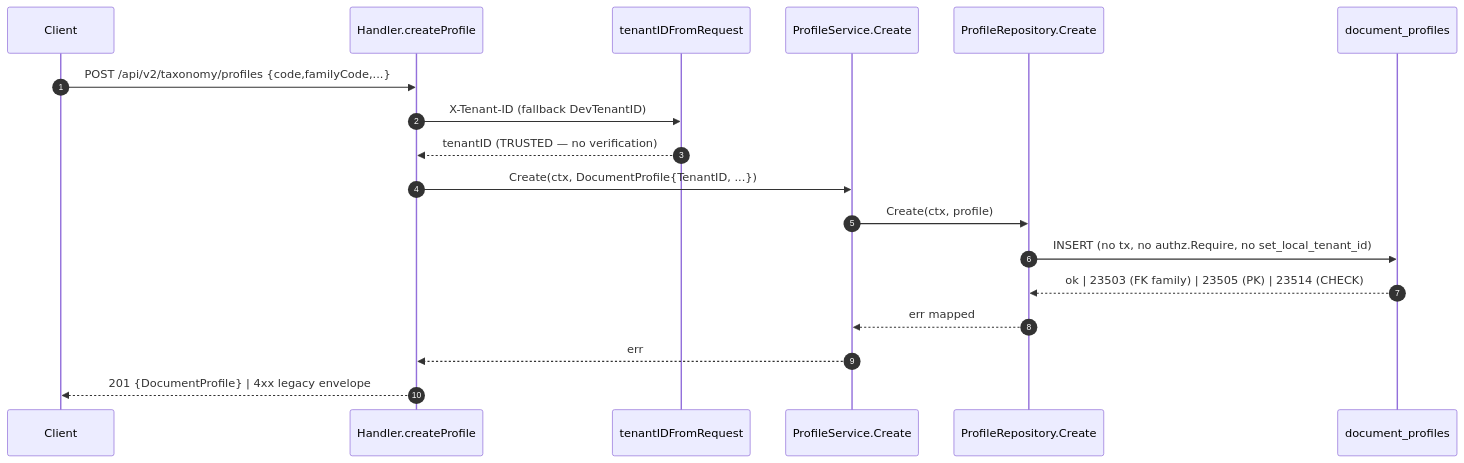
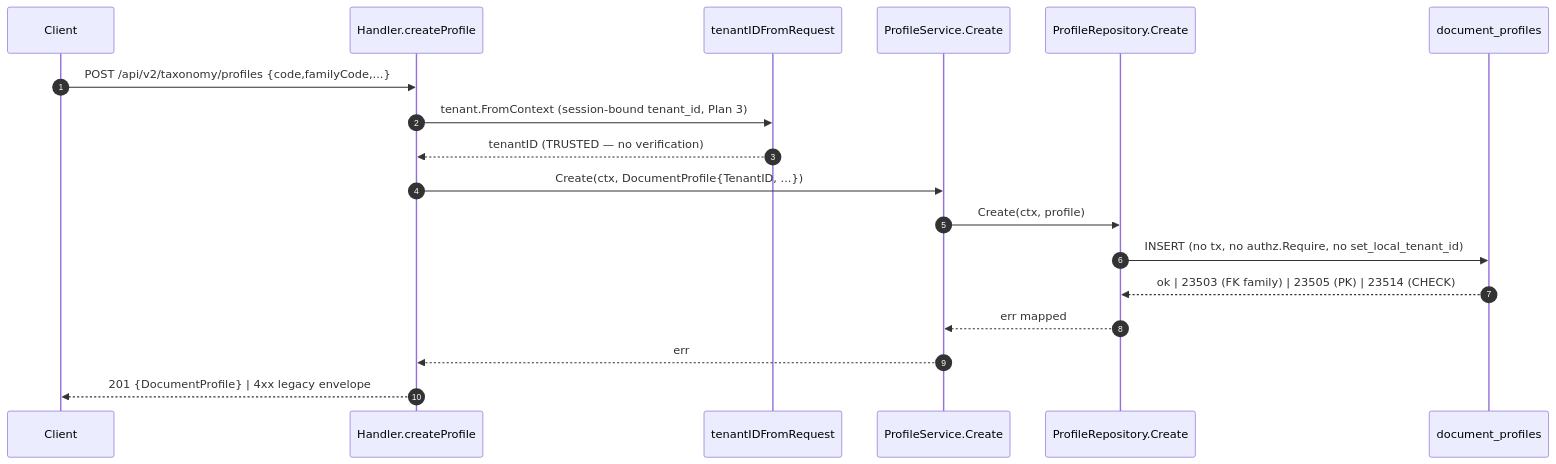
Before and after one commit to developmentconexus-ops/MetalDocs: the fourth of 5 diagrams in wiki/modules/taxonomy.md, drawn with Mermaid. The commit also changed other lines of this file and 14 other files, not shown here.

Commit message:
docs(wiki): refresh Plan 3 — bump Last verified, fix anchors, add tenant-context arch doc

````diff
--- a/wiki/modules/taxonomy.md
+++ b/wiki/modules/taxonomy.md
@@ -216,20 +216,20 @@
 ```mermaid
 sequenceDiagram
     autonumber
     participant C as Client
     participant H as Handler.createProfile
     participant T as tenantIDFromRequest
     participant S as ProfileService.Create
     participant R as ProfileRepository.Create
     participant DB as document_profiles
     C->>H: POST /api/v2/taxonomy/profiles {code,familyCode,...}
-    H->>T: X-Tenant-ID (fallback DevTenantID)
+    H->>T: tenant.FromContext (session-bound tenant_id, Plan 3)
     T-->>H: tenantID (TRUSTED — no verification)
     H->>S: Create(ctx, DocumentProfile{TenantID, ...})
     S->>R: Create(ctx, profile)
     R->>DB: INSERT (no tx, no authz.Require, no set_local_tenant_id)
     DB-->>R: ok | 23503 (FK family) | 23505 (PK) | 23514 (CHECK)
     R-->>S: err mapped
     S-->>H: err
     H-->>C: 201 {DocumentProfile} | 4xx legacy envelope
 ```
````
